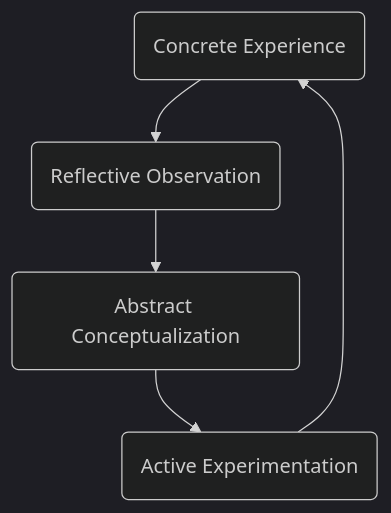
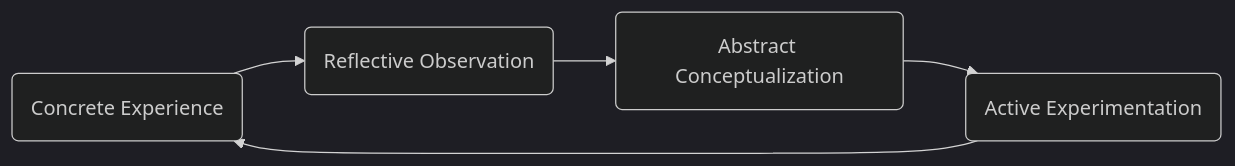
The diagram in index.md (davidrihtarsic/Experiental_Learning_of_Robotics), drawn with Mermaid (dark theme) before and after one commit. The commit also changed 2 other files, not shown here.

````diff
--- a/index.md
+++ b/index.md
@@ -11,7 +11,7 @@
 ```mermaid
-graph TD;
-  1(Concrete Experience) --> 2(Reflective Observation);
-  2 --> 3(Abstract Conceptualization);
-  3 --> 4(Active Experimentation);
-  4 --> 1;
+graph LR
+  1(Concrete Experience) --> 2(Reflective Observation)
+  2 --> 3(Abstract Conceptualization)
+  3 --> 4(Active Experimentation)
+  4 --> 1
 ```
````
